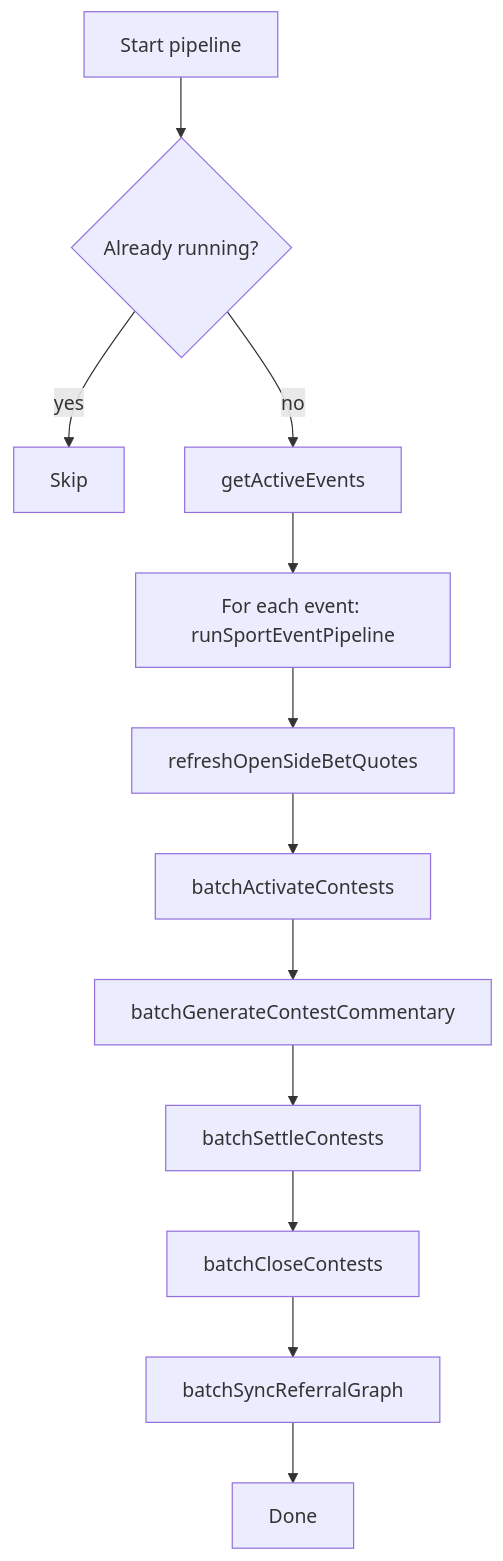
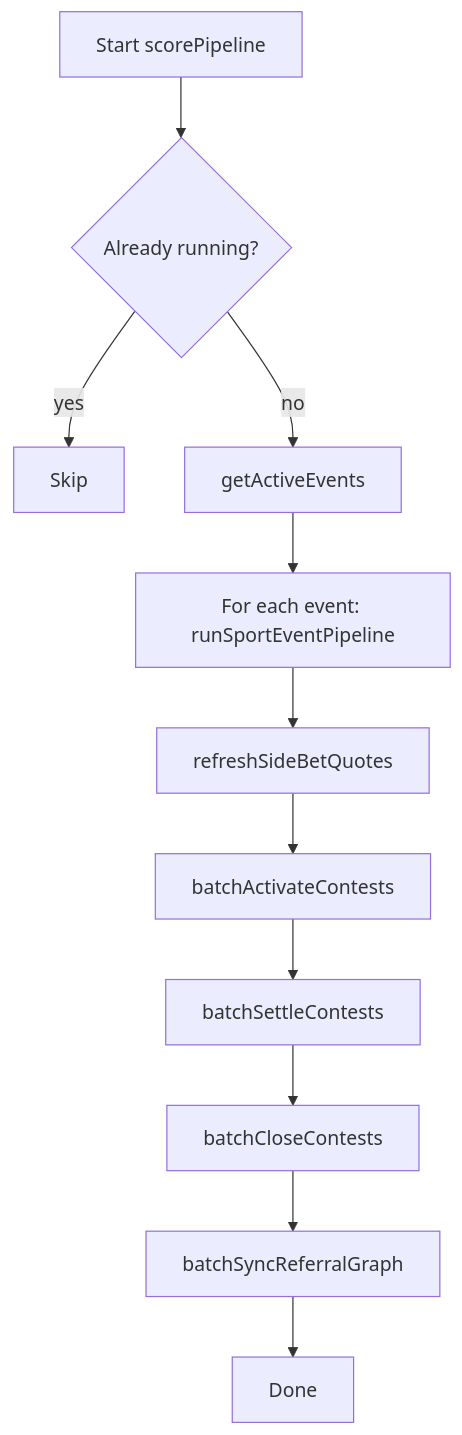
One commit to MagRelo/cut changed the diagram in spec/server/cron.md. Above: the diagram before and after it, drawn with Mermaid. The commit also changed other lines of this file and 33 other files, not shown here.

First line of the commit message:
Refactor cron job architecture and enhance commentary features

````diff
--- a/spec/server/cron.md
+++ b/spec/server/cron.md
@@ -12,14 +18,13 @@
 ```mermaid
 flowchart TD
-  A[Start pipeline] --> B{Already running?}
+  A[Start scorePipeline] --> B{Already running?}
   B -->|yes| Z[Skip]
   B -->|no| C[getActiveEvents]
   C --> D[For each event: runSportEventPipeline]
-  D --> E[refreshOpenSideBetQuotes]
+  D --> E[refreshSideBetQuotes]
   E --> F[batchActivateContests]
-  F --> G[batchGenerateContestCommentary]
-  G --> H[batchSettleContests]
-  H --> I[batchCloseContests]
-  I --> J[batchSyncReferralGraph]
-  J --> K[Done]
+  F --> G[batchSettleContests]
+  G --> H[batchCloseContests]
+  H --> I[batchSyncReferralGraph]
+  I --> K[Done]
 ```
````
